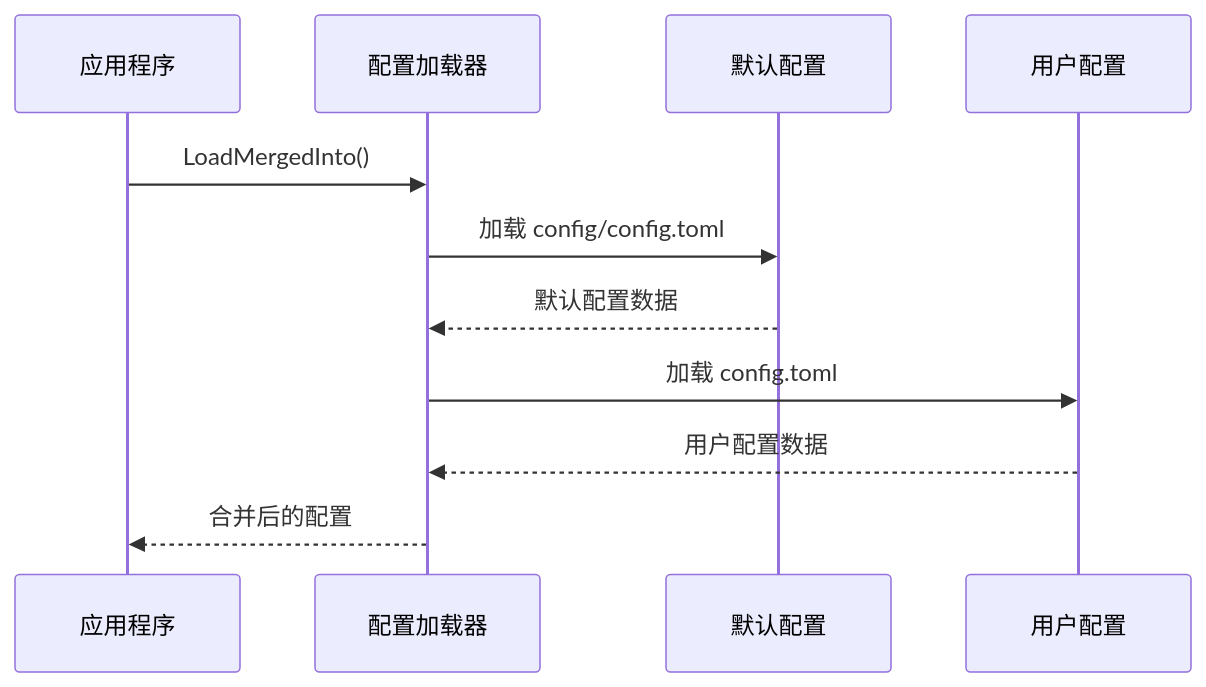
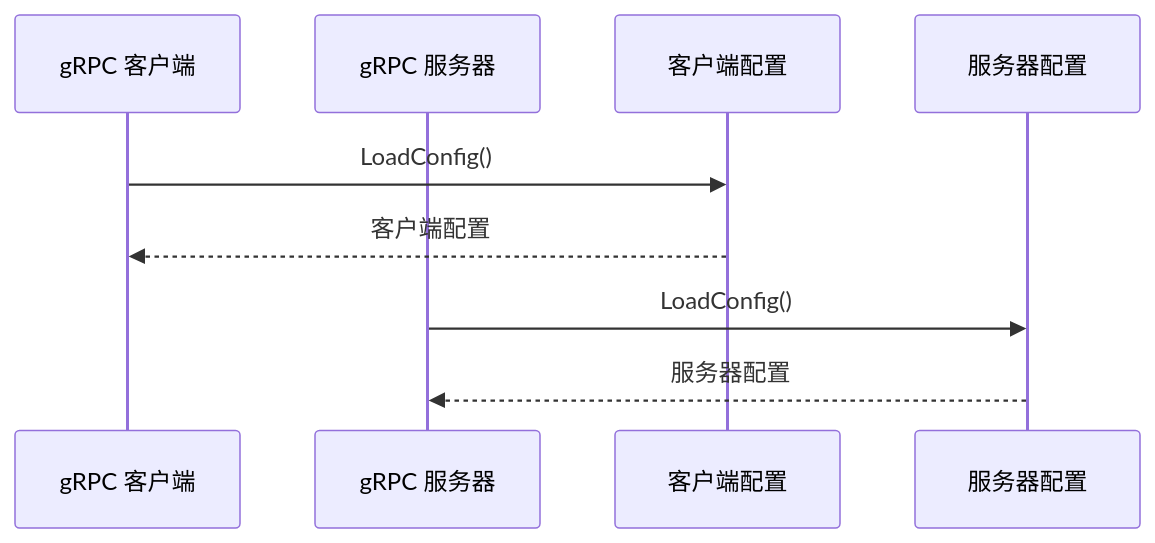
One commit to vistone/crawler-platform changed the second of 3 diagrams in .qoder/repowiki/zh/content/配置管理/配置管理.md. Above: the diagram before and after it, drawn with Mermaid. The commit also changed other lines of this file and 40 other files, not shown here.

````diff
--- a/.qoder/repowiki/zh/content/配置管理/配置管理.md
+++ b/.qoder/repowiki/zh/content/配置管理/配置管理.md
@@ -80,13 +83,11 @@
 ```mermaid
 sequenceDiagram
-participant App as 应用程序
-participant Loader as 配置加载器
-participant Default as 默认配置
-participant Custom as 用户配置
-App->>Loader : LoadMergedInto()
-Loader->>Default : 加载 config/config.toml
-Default-->>Loader : 默认配置数据
-Loader->>Custom : 加载 config.toml
-Custom-->>Loader : 用户配置数据
-Loader-->>App : 合并后的配置
+participant Client as gRPC 客户端
+participant Server as gRPC 服务器
+participant ClientCfg as 客户端配置
+participant ServerCfg as 服务器配置
+Client->>ClientCfg : LoadConfig()
+ClientCfg-->>Client : 客户端配置
+Server->>ServerCfg : LoadConfig()
+ServerCfg-->>Server : 服务器配置
 ```
````
